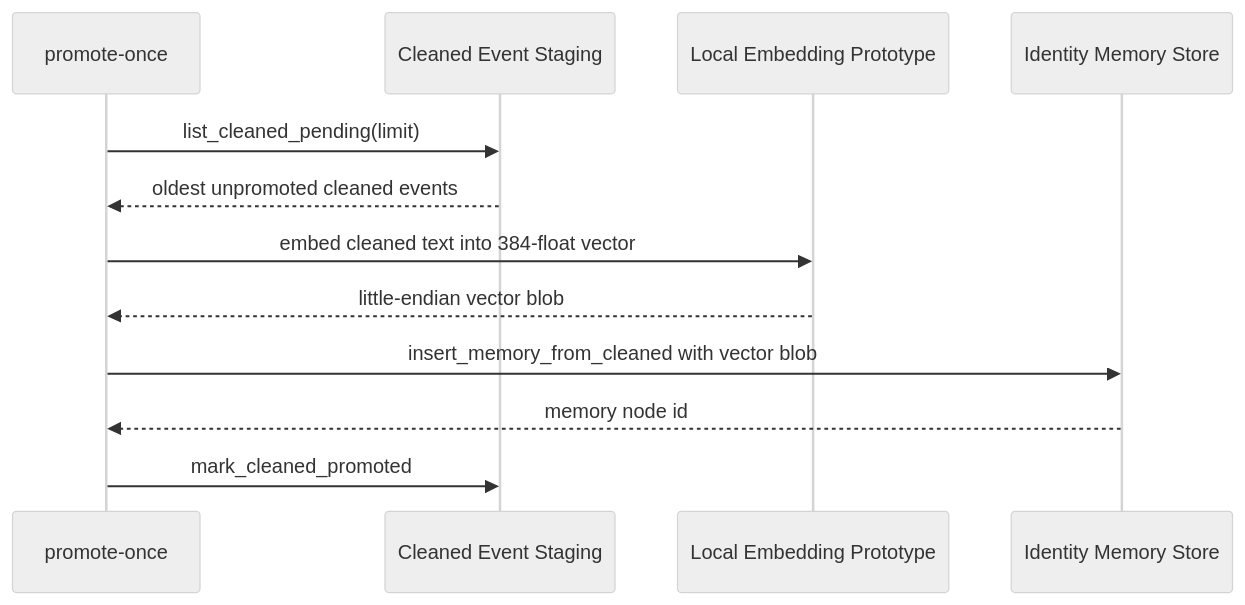
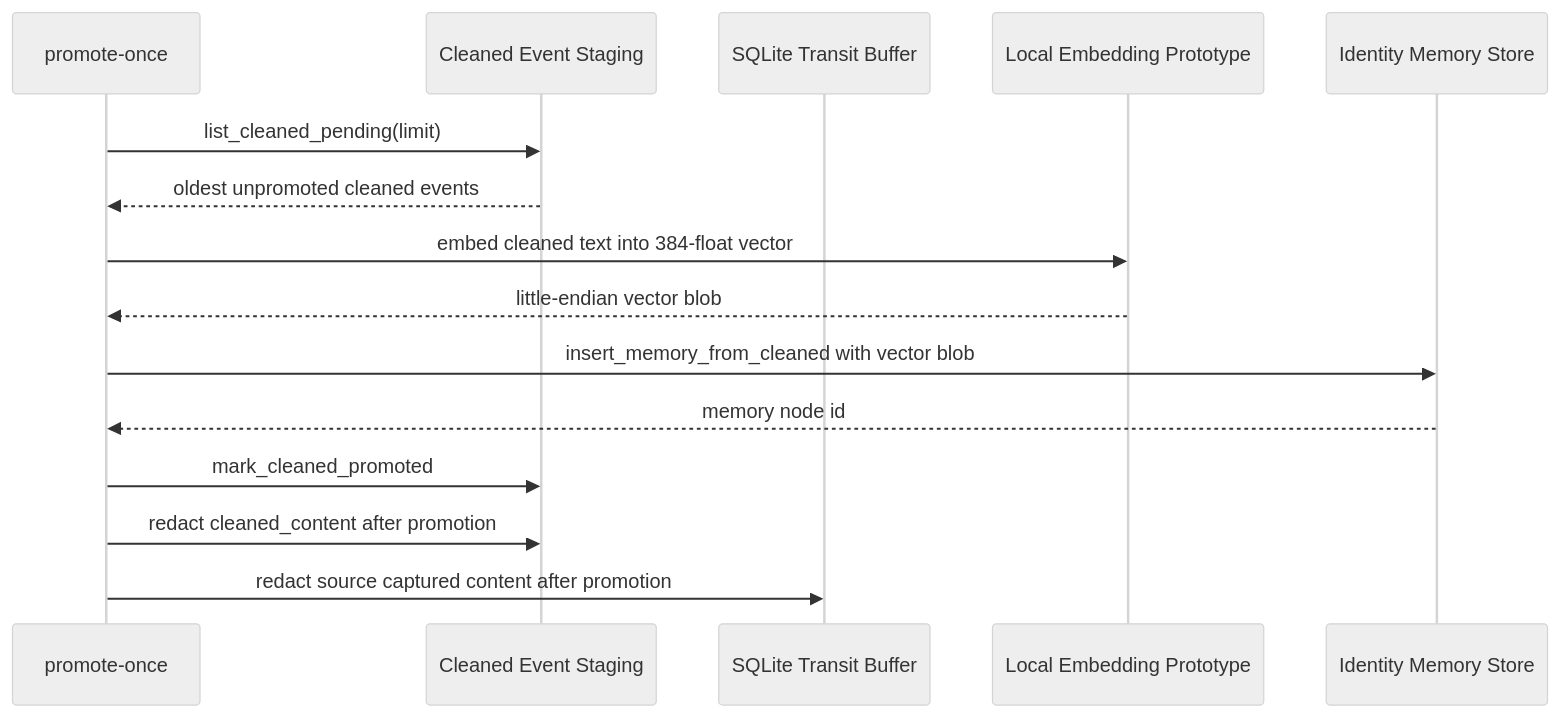
The tenth of 15 diagrams in docs/system-map.md (FiNdAlMkSkInDaL/Identity), drawn with Mermaid (neutral theme) before and after one commit. The commit also changed other lines of this file and 32 other files, not shown here.

````diff
--- a/docs/system-map.md
+++ b/docs/system-map.md
@@ -267,15 +338,18 @@
 ```mermaid
 sequenceDiagram
     participant Worker as promote-once
     participant Staging as Cleaned Event Staging
+    participant Transit as SQLite Transit Buffer
     participant Embed as Local Embedding Prototype
     participant Memory as Identity Memory Store
 
     Worker->>Staging: list_cleaned_pending(limit)
     Staging-->>Worker: oldest unpromoted cleaned events
     Worker->>Embed: embed cleaned text into 384-float vector
     Embed-->>Worker: little-endian vector blob
     Worker->>Memory: insert_memory_from_cleaned with vector blob
     Memory-->>Worker: memory node id
     Worker->>Staging: mark_cleaned_promoted
+    Worker->>Staging: redact cleaned_content after promotion
+    Worker->>Transit: redact source captured content after promotion
 ```
````
